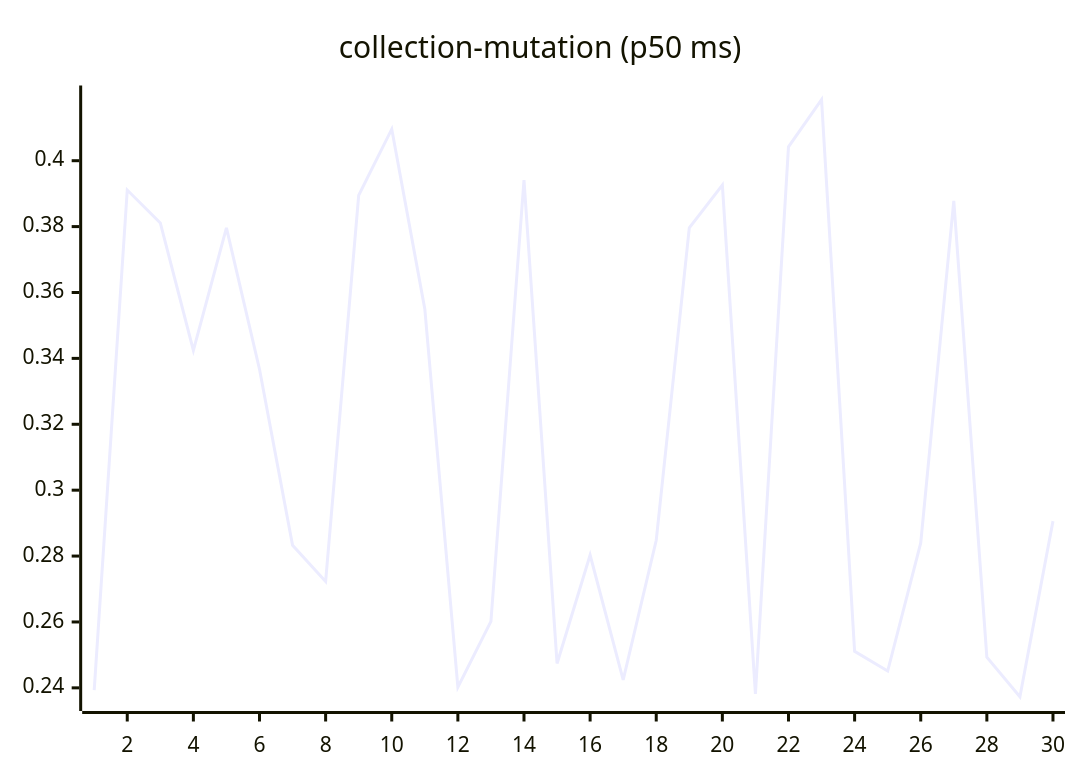
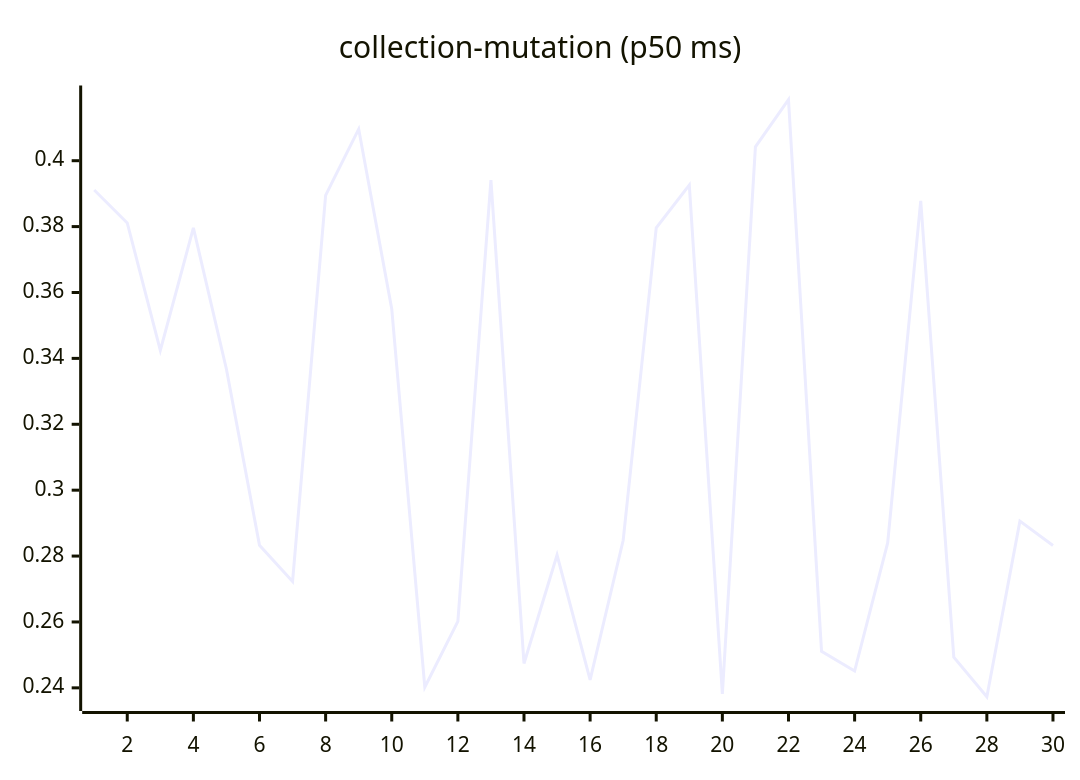
The sixth of 27 diagrams in README.md (josha/Facet), drawn with Mermaid before and after one commit. The commit also changed other lines of this file and 2 other files, not shown here.

````diff
--- a/README.md
+++ b/README.md
@@ -98,6 +98,6 @@
 ```mermaid
 xychart-beta
     title "collection-mutation (p50 ms)"
     x-axis 1 --> 30
-    line [0.2393, 0.3911, 0.3811, 0.3424, 0.3796, 0.3367, 0.2833, 0.2723, 0.3895, 0.4096, 0.3550, 0.2402, 0.2602, 0.3941, 0.2474, 0.2803, 0.2424, 0.2848, 0.3796, 0.3926, 0.2382, 0.4042, 0.4185, 0.2511, 0.2451, 0.2840, 0.3878, 0.2493, 0.2373, 0.2906]
+    line [0.3911, 0.3811, 0.3424, 0.3796, 0.3367, 0.2833, 0.2723, 0.3895, 0.4096, 0.3550, 0.2402, 0.2602, 0.3941, 0.2474, 0.2803, 0.2424, 0.2848, 0.3796, 0.3926, 0.2382, 0.4042, 0.4185, 0.2511, 0.2451, 0.2840, 0.3878, 0.2493, 0.2373, 0.2906, 0.2832]
 ```
````
